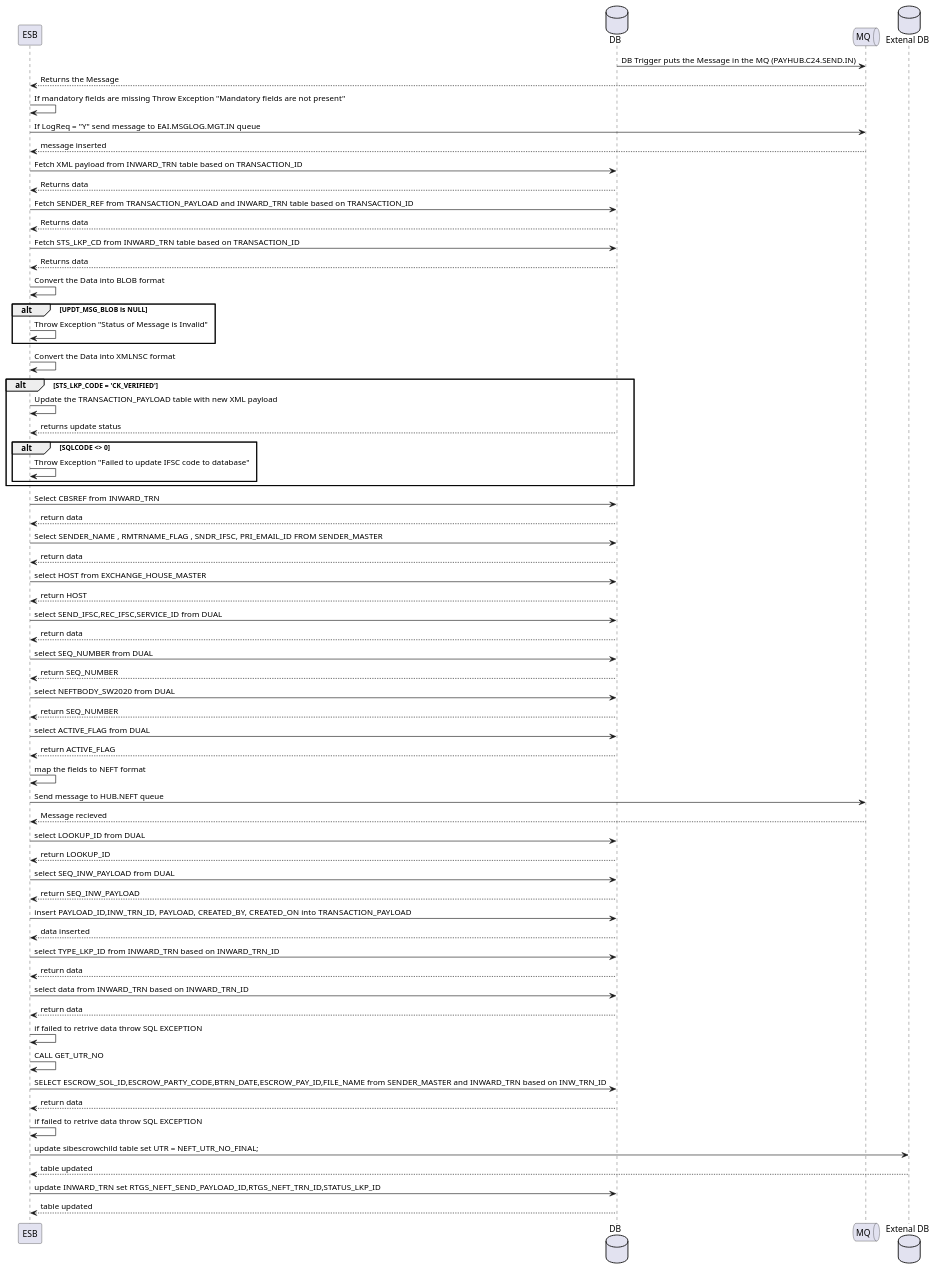
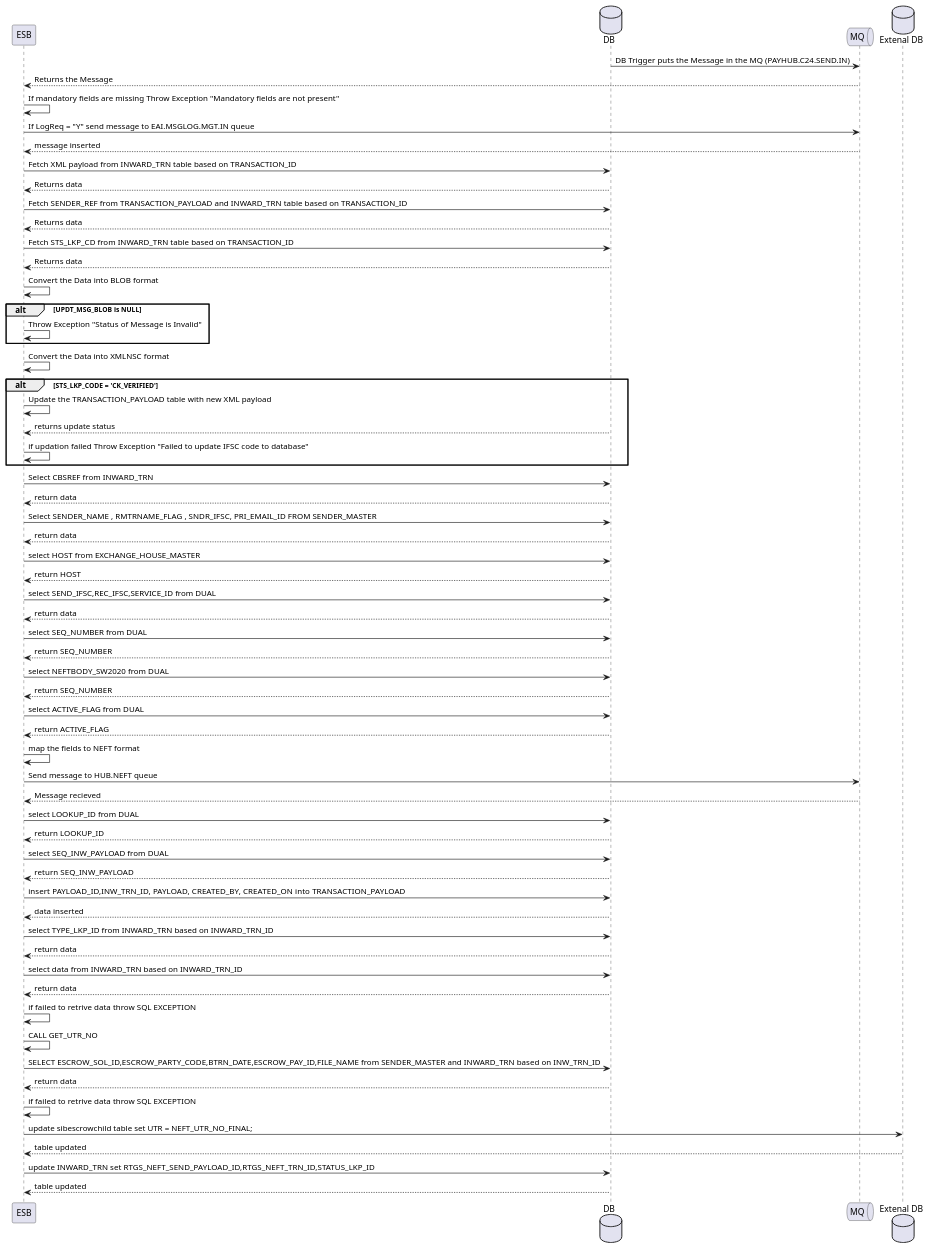
One commit to abhay113/SIB-PLANT-UML changed the diagram in neft/neftsend.puml. Above: the diagram before and after it, drawn with PlantUML. The commit also changed 15 other files, not shown here.

```diff
--- a/neft/neftsend.puml
+++ b/neft/neftsend.puml
@@ -1,98 +1,94 @@
 @startuml NEFT SEND
 
 participant ESB
 Database "DB" as DB
 Queue "MQ" as MQ
 Database "Extenal DB" as FN
 
 DB -> MQ : DB Trigger puts the Message in the MQ (PAYHUB.C24.SEND.IN)
 MQ --> ESB : Returns the Message
 
 ESB -> ESB : If mandatory fields are missing Throw Exception "Mandatory fields are not present"
 
 ESB -> MQ: If LogReq = "Y" send message to EAI.MSGLOG.MGT.IN queue
 MQ --> ESB: message inserted
 
 ESB -> DB : Fetch XML payload from INWARD_TRN table based on TRANSACTION_ID
 DB --> ESB : Returns data
 
 ESB -> DB : Fetch SENDER_REF from TRANSACTION_PAYLOAD and INWARD_TRN table based on TRANSACTION_ID
 DB --> ESB : Returns data
 
 ESB -> DB : Fetch STS_LKP_CD from INWARD_TRN table based on TRANSACTION_ID
 DB --> ESB : Returns data
 
 ESB -> ESB : Convert the Data into BLOB format
 
 alt UPDT_MSG_BLOB is NULL
     ESB -> ESB : Throw Exception "Status of Message is Invalid"
 end
 
 ESB -> ESB : Convert the Data into XMLNSC format
 
 alt STS_LKP_CODE = 'CK_VERIFIED'
     ESB -> ESB : Update the TRANSACTION_PAYLOAD table with new XML payload
     DB --> ESB : returns update status
-    alt SQLCODE <> 0 
-        ESB -> ESB : Throw Exception "Failed to update IFSC code to database"
-    end
+    ESB -> ESB : if updation failed Throw Exception "Failed to update IFSC code to database"
 end
 '2 subflows'
-
-
 
 ESB -> DB : Select CBSREF from INWARD_TRN
 DB --> ESB : return data
 
 ESB -> DB : Select SENDER_NAME , RMTRNAME_FLAG ,  SNDR_IFSC, PRI_EMAIL_ID FROM SENDER_MASTER 
 DB --> ESB : return data
 
 ESB -> DB : select HOST from EXCHANGE_HOUSE_MASTER
 DB --> ESB : return HOST
 
 ESB -> DB : select SEND_IFSC,REC_IFSC,SERVICE_ID from DUAL
 DB --> ESB : return data
 
 ESB -> DB : select SEQ_NUMBER from DUAL
 DB --> ESB : return SEQ_NUMBER
 
 ESB -> DB : select NEFTBODY_SW2020 from DUAL
 DB --> ESB : return SEQ_NUMBER
 
 ESB -> DB : select ACTIVE_FLAG from DUAL
 DB --> ESB : return ACTIVE_FLAG
 
 ESB -> ESB : map the fields to NEFT format
 ESB -> MQ : Send message to HUB.NEFT queue
 MQ --> ESB : Message recieved
 
 ESB -> DB : select LOOKUP_ID from DUAL
 DB --> ESB : return LOOKUP_ID
 
 ESB -> DB : select SEQ_INW_PAYLOAD from DUAL
 DB --> ESB : return SEQ_INW_PAYLOAD
 
 
 ESB -> DB : insert PAYLOAD_ID,INW_TRN_ID, PAYLOAD, CREATED_BY, CREATED_ON into TRANSACTION_PAYLOAD
 DB --> ESB : data inserted
 
 ESB -> DB : select TYPE_LKP_ID from INWARD_TRN based on INWARD_TRN_ID
 DB --> ESB :  return data
 
 ESB -> DB : select data from INWARD_TRN based on INWARD_TRN_ID
 DB --> ESB :  return data
 ESB -> ESB : if failed to retrive data throw SQL EXCEPTION
 
 ESB -> ESB : CALL GET_UTR_NO
 
 ESB -> DB : SELECT ESCROW_SOL_ID,ESCROW_PARTY_CODE,BTRN_DATE,ESCROW_PAY_ID,FILE_NAME from SENDER_MASTER and INWARD_TRN based on INW_TRN_ID
 DB --> ESB :  return data
 ESB -> ESB : if failed to retrive data throw SQL EXCEPTION
 
 ESB -> FN : update sibescrowchild table set UTR = NEFT_UTR_NO_FINAL;
 FN --> ESB : table updated 
 
 ESB -> DB : update INWARD_TRN set RTGS_NEFT_SEND_PAYLOAD_ID,RTGS_NEFT_TRN_ID,STATUS_LKP_ID
 DB --> ESB : table updated 
 
 @enduml
```
